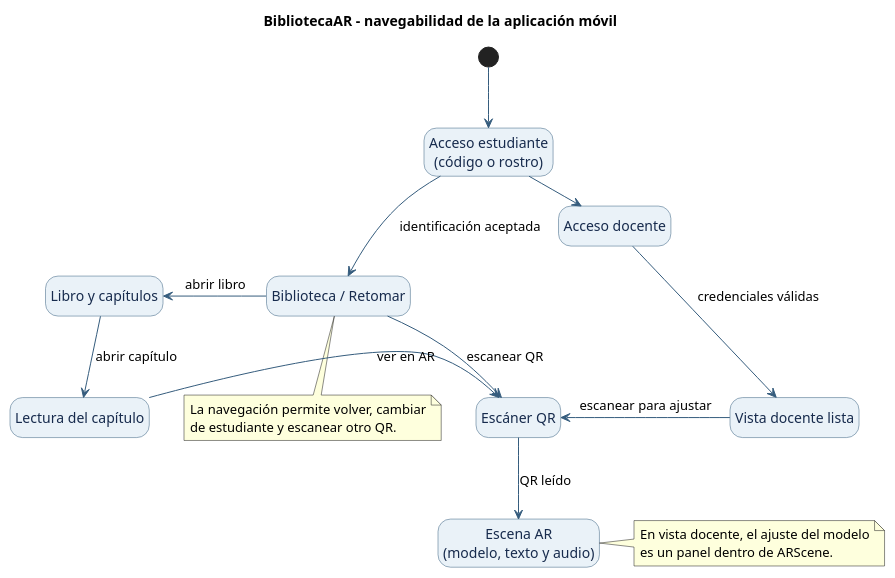
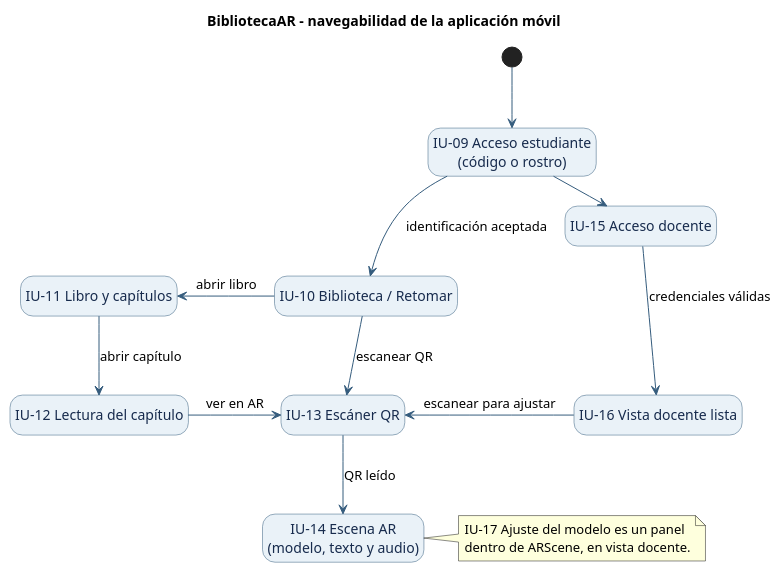
Before and after one commit to AlejandroPhoccoTapia/BibliotecaAR-backend: the diagram in docs/tesis/diagramas/08-navegacion-app-movil.puml, drawn with PlantUML. The commit also changed 9 other files, not shown here.

```diff
--- a/docs/tesis/diagramas/08-navegacion-app-movil.puml
+++ b/docs/tesis/diagramas/08-navegacion-app-movil.puml
@@ -1,44 +1,40 @@
 @startuml
 title BibliotecaAR - navegabilidad de la aplicación móvil
 top to bottom direction
 skinparam shadowing false
 skinparam backgroundColor white
 skinparam defaultFontName Arial
 skinparam state {
   BackgroundColor #EAF2F8
   BorderColor #355C7D
   FontColor #172B4D
   ArrowColor #355C7D
 }
 hide empty description
 
-state "Acceso estudiante\n(código o rostro)" as LOGIN
-state "Biblioteca / Retomar" as LIBRARY
-state "Libro y capítulos" as BOOK
-state "Lectura del capítulo" as READ
-state "Escáner QR" as SCAN
-state "Escena AR\n(modelo, texto y audio)" as AR
-state "Acceso docente" as TEACHER_LOGIN
-state "Vista docente lista" as TEACHER_READY
+state "IU-09 Acceso estudiante\n(código o rostro)" as LOGIN
+state "IU-10 Biblioteca / Retomar" as LIBRARY
+state "IU-11 Libro y capítulos" as BOOK
+state "IU-12 Lectura del capítulo" as READ
+state "IU-13 Escáner QR" as SCAN
+state "IU-14 Escena AR\n(modelo, texto y audio)" as AR
+state "IU-15 Acceso docente" as TEACHER_LOGIN
+state "IU-16 Vista docente lista" as TEACHER_READY
 
 [*] -down-> LOGIN
 LOGIN -down-> LIBRARY : identificación aceptada
 LIBRARY -left-> BOOK : abrir libro
 BOOK -down-> READ : abrir capítulo
 LIBRARY -down-> SCAN : escanear QR
 READ -right-> SCAN : ver en AR
 SCAN -down-> AR : QR leído
 LOGIN -right-> TEACHER_LOGIN : elegir Docente
 TEACHER_LOGIN -down-> TEACHER_READY : credenciales válidas
 TEACHER_READY -left-> SCAN : escanear para ajustar
 
 note right of AR
-  En vista docente, el ajuste del modelo
-  es un panel dentro de ARScene.
+  IU-17 Ajuste del modelo es un panel
+  dentro de ARScene, en vista docente.
 end note
 
-note bottom of LIBRARY
-  La navegación permite volver, cambiar
-  de estudiante y escanear otro QR.
-end note
 @enduml
```
